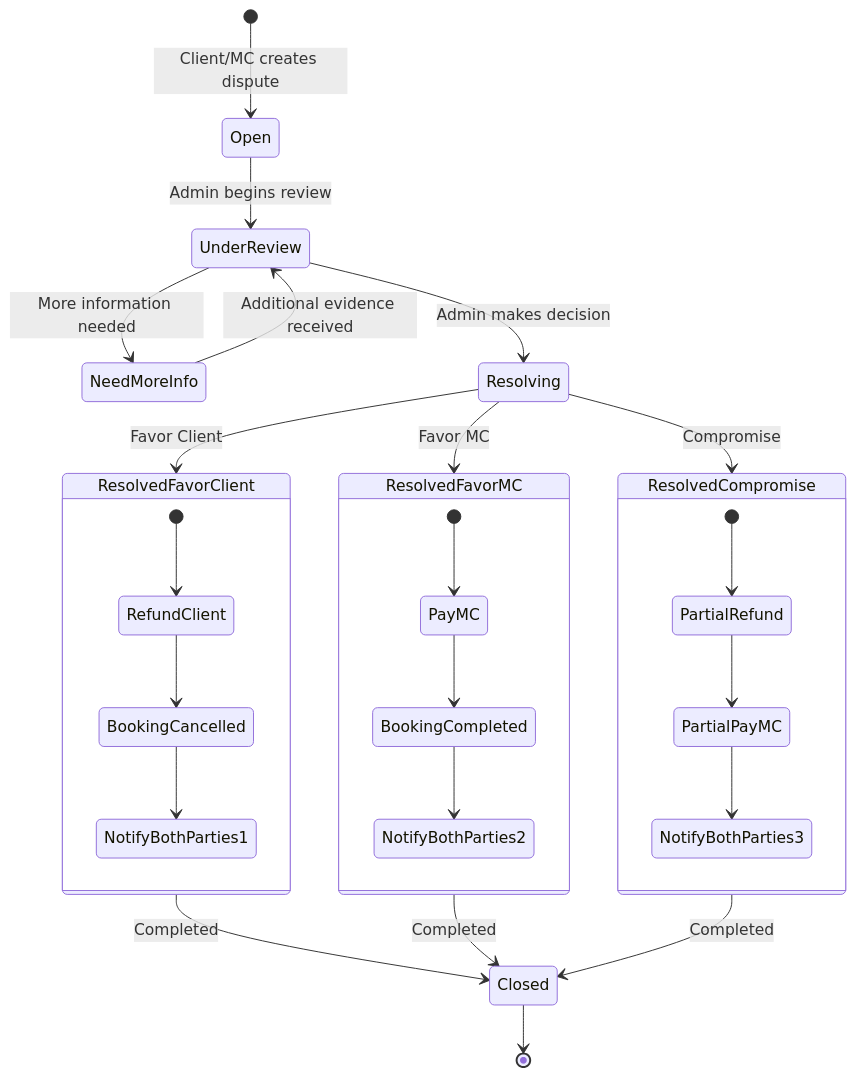
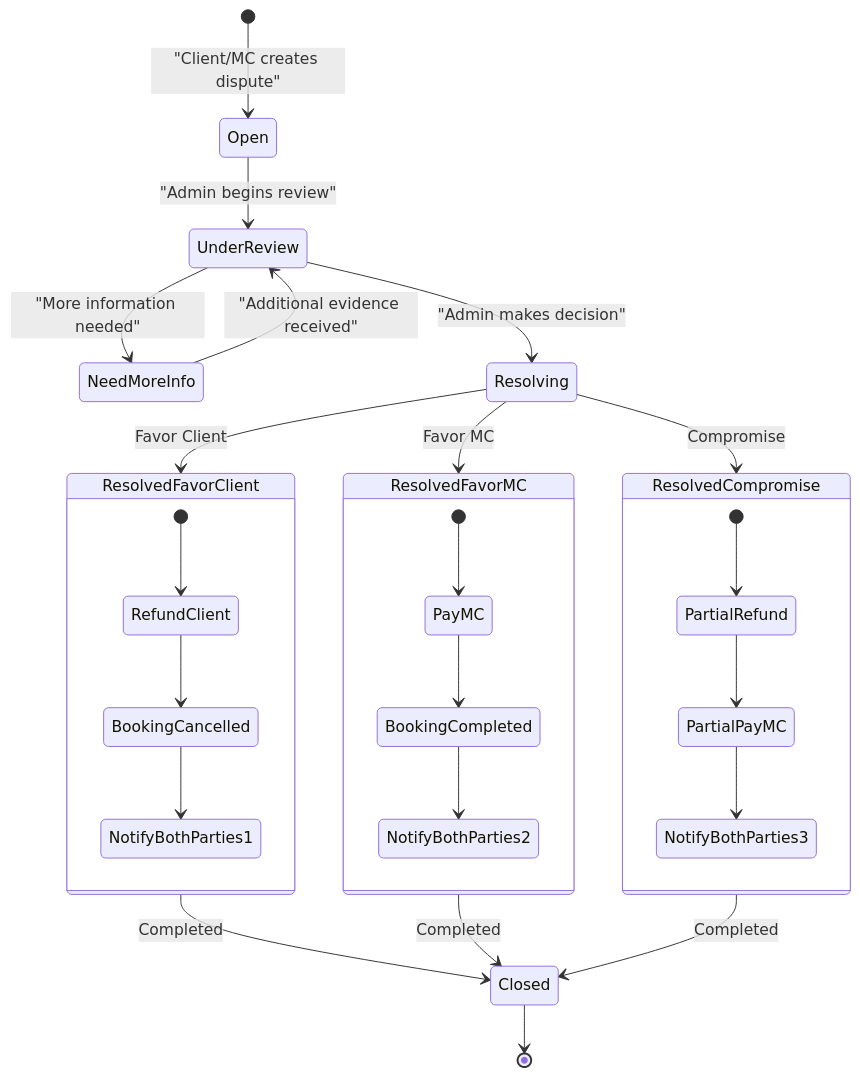
Diagram 48 of 51 in UC_Diagrams_EN.md (dat-21/SWD392), drawn with Mermaid before and after one commit. The commit also changed other lines of this file and 2 other files, not shown here.

Commit message:
style: Standardize Mermaid state diagram transition label formatting by adding quotes and a space before the colon.

````diff
--- a/UC_Diagrams_EN.md
+++ b/UC_Diagrams_EN.md
@@ -1948,37 +1948,37 @@
 ```mermaid
 stateDiagram-v2
-    [*] --> Open: Client/MC creates dispute
-
-    Open --> UnderReview: Admin begins review
-    UnderReview --> NeedMoreInfo: More information needed
-    NeedMoreInfo --> UnderReview: Additional evidence received
+    [*] --> Open : "Client/MC creates dispute"
     
-    UnderReview --> Resolving: Admin makes decision
+    Open --> UnderReview : "Admin begins review"
+    UnderReview --> NeedMoreInfo : "More information needed"
+    NeedMoreInfo --> UnderReview : "Additional evidence received"
+    
+    UnderReview --> Resolving : "Admin makes decision"
     
     Resolving --> ResolvedFavorClient: Favor Client
     Resolving --> ResolvedFavorMC: Favor MC
     Resolving --> ResolvedCompromise: Compromise
 
     state ResolvedFavorClient {
         [*] --> RefundClient
         RefundClient --> BookingCancelled
         BookingCancelled --> NotifyBothParties1
     }
     
     state ResolvedFavorMC {
         [*] --> PayMC
         PayMC --> BookingCompleted
         BookingCompleted --> NotifyBothParties2
     }
     
     state ResolvedCompromise {
         [*] --> PartialRefund
         PartialRefund --> PartialPayMC
         PartialPayMC --> NotifyBothParties3
     }
 
     ResolvedFavorClient --> Closed: Completed
     ResolvedFavorMC --> Closed: Completed
     ResolvedCompromise --> Closed: Completed
     Closed --> [*]
 ```
````
